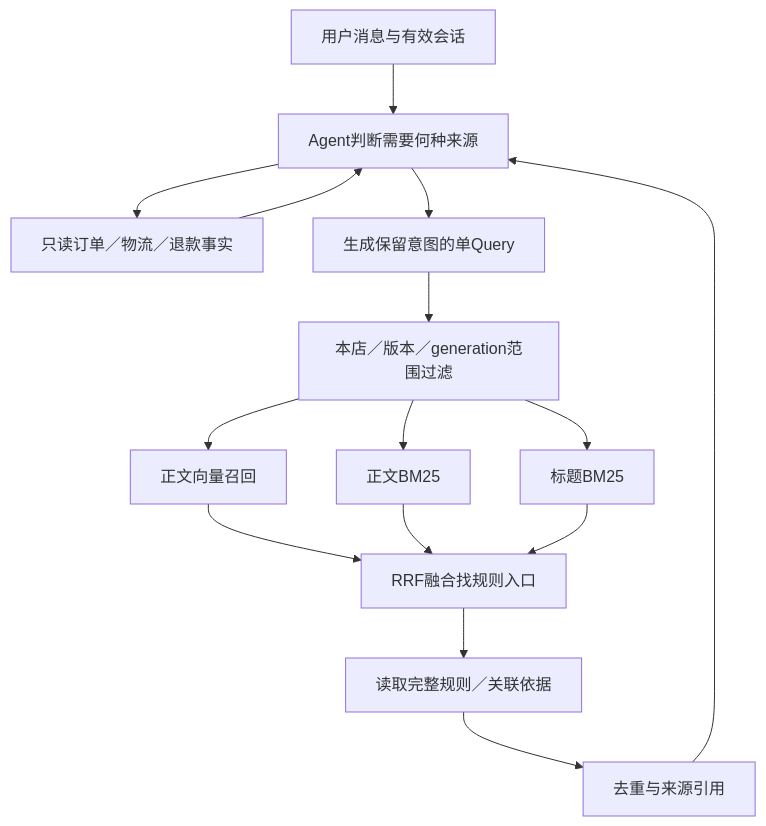
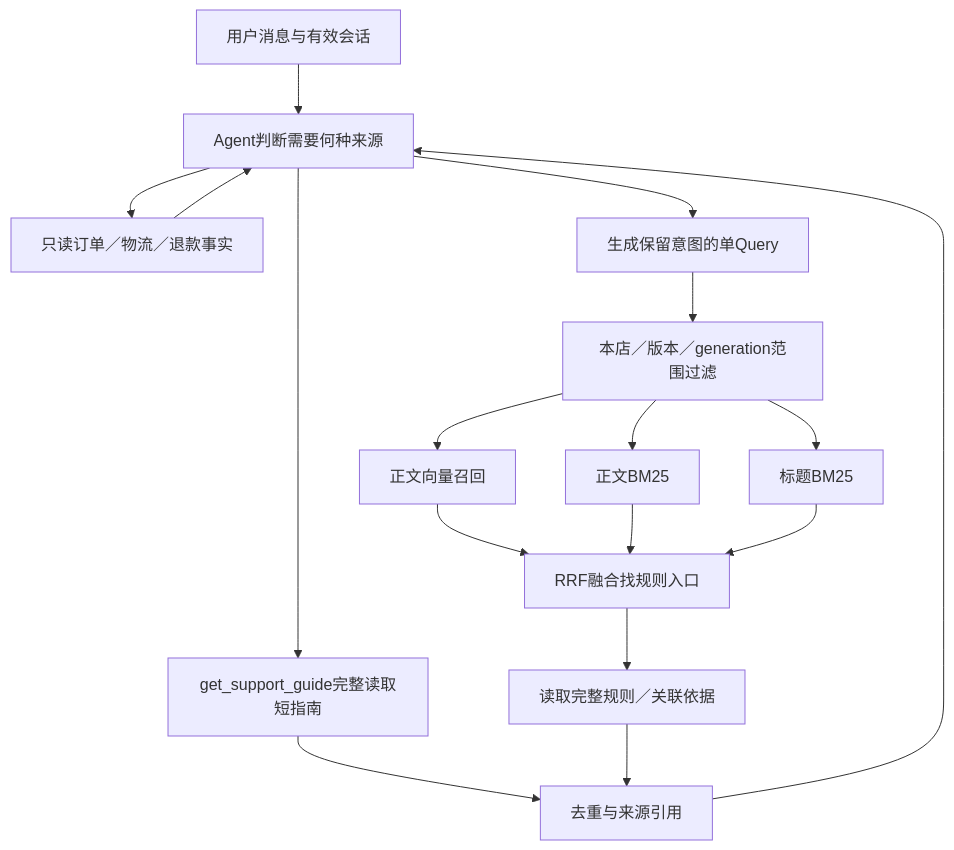
Before and after one commit to Capybara0618/ResolveFlow: the diagram in docs/customer-rag-architecture-v1.md, drawn with Mermaid. The commit also changed other lines of this file and 10 other files, not shown here.

````diff
--- a/docs/customer-rag-architecture-v1.md
+++ b/docs/customer-rag-architecture-v1.md
@@ -15,17 +15,19 @@
 ```mermaid
 flowchart TD
     U[用户消息与有效会话] --> A[Agent判断需要何种来源]
     A --> T[只读订单／物流／退款事实]
+    A --> G[get_support_guide完整读取短指南]
+    G --> C[去重与来源引用]
     A --> Q[生成保留意图的单Query]
     Q --> F[本店／版本／generation范围过滤]
     F --> D[正文向量召回]
     F --> B[正文BM25]
     F --> H[标题BM25]
     D --> R[RRF融合找规则入口]
     B --> R
     H --> R
     R --> E[读取完整规则／关联依据]
-    E --> C[去重与来源引用]
+    E --> C
     T --> A
     C --> A
 ```
````
